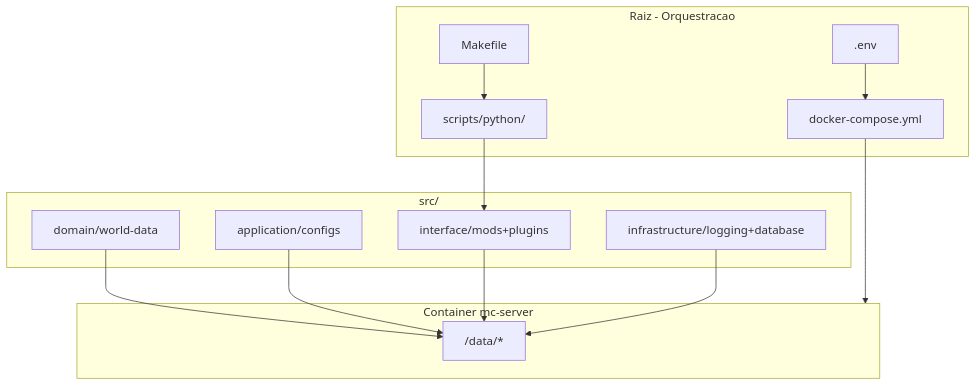
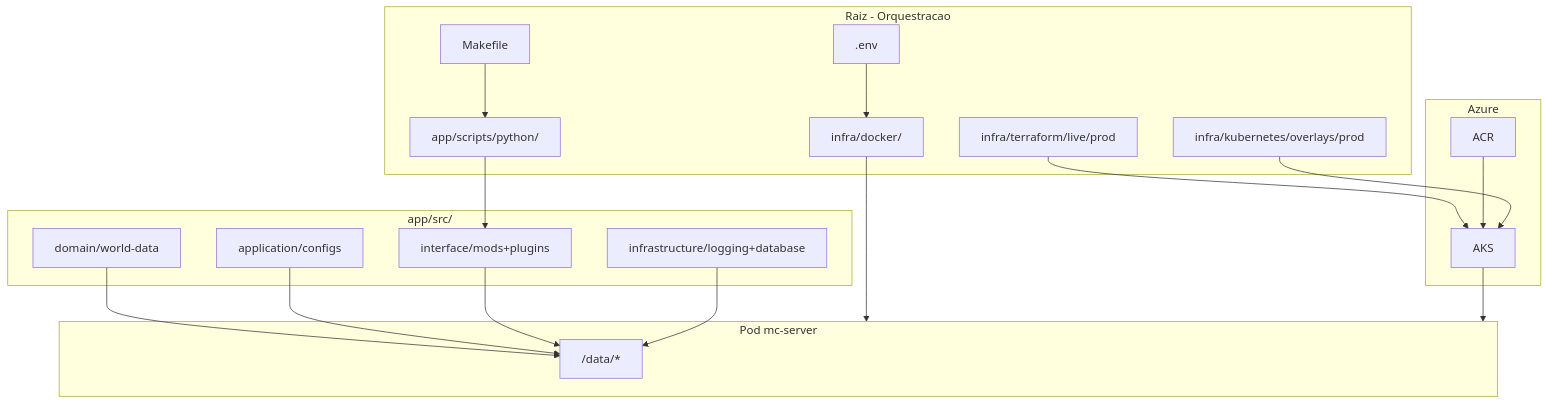
One commit to victorh-silveira/minecraft-core-server changed the diagram in docs/architecture.md. Above: the diagram before and after it, drawn with Mermaid. The commit also changed other lines of this file and 132 other files, not shown here.

````diff
--- a/docs/architecture.md
+++ b/docs/architecture.md
@@ -9,26 +9,36 @@
 ```mermaid
 flowchart TB
   subgraph root [Raiz - Orquestracao]
     env[".env"]
-    compose["docker-compose.yml"]
+    compose["infra/docker/"]
     makefile["Makefile"]
-    scripts["scripts/python/"]
+    scripts["app/scripts/python/"]
+    tf["infra/terraform/live/prod"]
+    k8s["infra/kubernetes/overlays/prod"]
   end
-  subgraph srcLayer [src/]
+  subgraph azure [Azure]
+    aks["AKS"]
+    acr["ACR"]
+  end
+  subgraph srcLayer [app/src/]
     domain["domain/world-data"]
     app["application/configs"]
     iface["interface/mods+plugins"]
     infra["infrastructure/logging+database"]
   end
-  subgraph container [Container mc-server]
+  subgraph container [Pod mc-server]
     data["/data/*"]
   end
   env --> compose
   makefile --> scripts
   scripts --> iface
   compose --> container
+  tf --> aks
+  acr --> aks
+  k8s --> aks
+  aks --> container
   domain --> data
   app --> data
   iface --> data
   infra --> data
 ```
````
